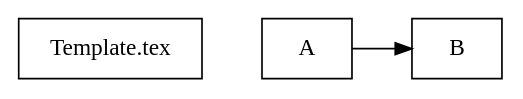
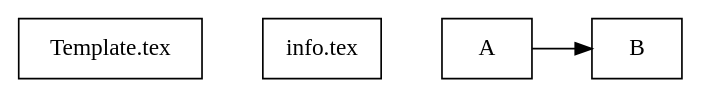
One commit to bwtian/texTemplate changed the diagram in texTemplate.org. Above: the diagram before and after it, drawn with Graphviz. The commit also changed 1 other file, not shown here.

Commit message:
- ‘.#texTemplate.org’ / ‘texTemplate.org’

```diff
--- a/texTemplate.org
+++ b/texTemplate.org
@@ -4,18 +4,18 @@
 #+BEGIN_SRC dot :file ./texTemplate.svg 
 digraph { 
 fontname="Times"; 
 fontsize = 12; 
 splines = false; 
 ranksep = 0.2; 
 nodesep = 0.5; 
 node [shape = box] 
 //1. set node 
 j[label = "Template.tex"]
-
+info [label = "info.tex"]
 //2. set path 
 
 A -> B 
 //3. set rank 
 {rank = same; A, B} 
 }
 #+END_SRC
```
